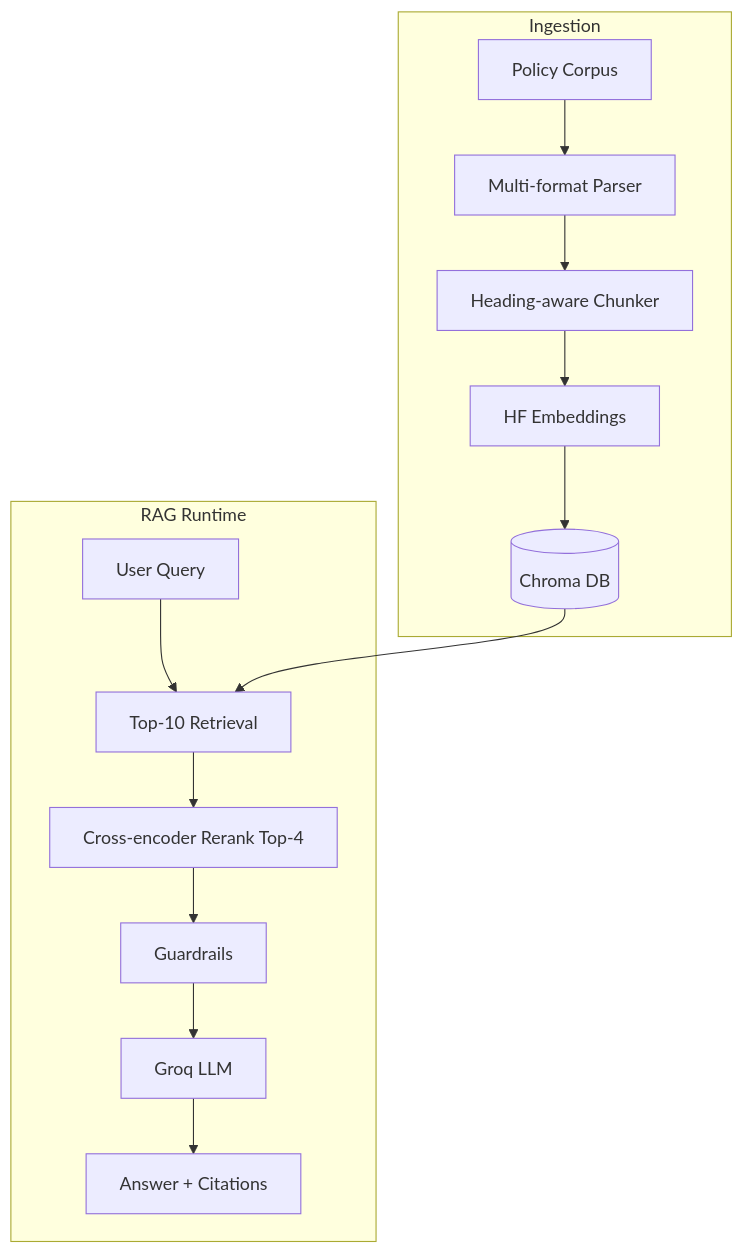
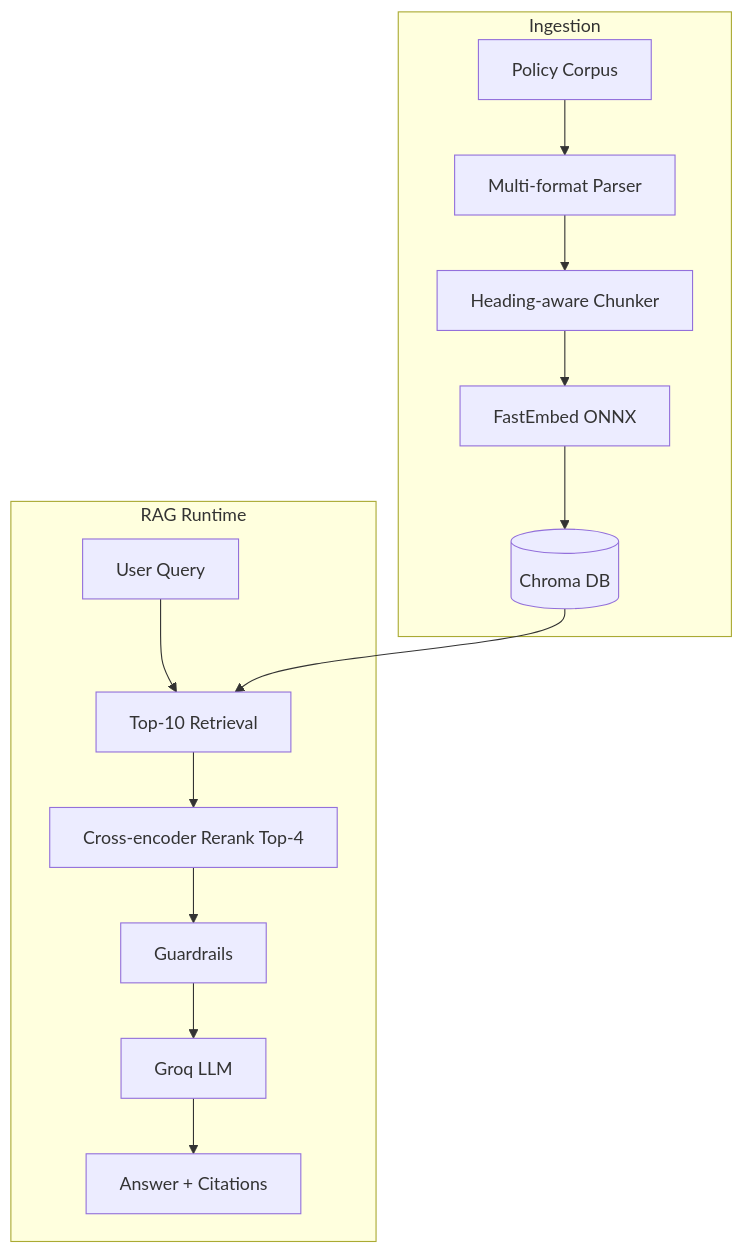
One commit to JSalas2475/nexus-policy-rag-api changed the diagram in design-and-evaluation.md. Above: the diagram before and after it, drawn with Mermaid. The commit also changed other lines of this file and 3 other files, not shown here.

Commit message:
Add demo script and submit checklist; align docs with FastEmbed

````diff
--- a/design-and-evaluation.md
+++ b/design-and-evaluation.md
@@ -5,18 +5,18 @@
 ```mermaid
 flowchart TB
     subgraph ingest [Ingestion]
         Docs[Policy Corpus] --> Parser[Multi-format Parser]
         Parser --> Chunker[Heading-aware Chunker]
-        Chunker --> Embed[HF Embeddings]
+        Chunker --> Embed[FastEmbed ONNX]
         Embed --> Chroma[(Chroma DB)]
     end
 
     subgraph runtime [RAG Runtime]
         Query[User Query] --> Retrieve[Top-10 Retrieval]
         Chroma --> Retrieve
         Retrieve --> Rerank[Cross-encoder Rerank Top-4]
         Rerank --> Guard[Guardrails]
         Guard --> LLM[Groq LLM]
         LLM --> Answer[Answer + Citations]
     end
 ```
````
